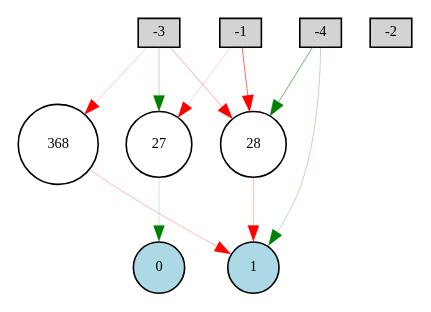
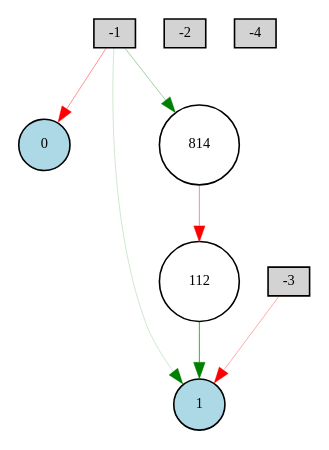
One commit to redlaserbmBTD/BTDB2_SIMULATOR changed the diagram in experiments/Digraph.gv. Above: the diagram before and after it, drawn with Graphviz. The commit also changed 15 other files, not shown here.

```diff
--- a/experiments/Digraph.gv
+++ b/experiments/Digraph.gv
@@ -1,22 +1,17 @@
 digraph {
 	node [fontsize=9 height=0.2 shape=circle width=0.2]
 	-1 [fillcolor=lightgray shape=box style=filled]
 	-2 [fillcolor=lightgray shape=box style=filled]
 	-3 [fillcolor=lightgray shape=box style=filled]
 	-4 [fillcolor=lightgray shape=box style=filled]
 	0 [fillcolor=lightblue style=filled]
 	1 [fillcolor=lightblue style=filled]
-	368 [fillcolor=white style=filled]
-	27 [fillcolor=white style=filled]
-	28 [fillcolor=white style=filled]
-	-4 -> 1 [color=green penwidth=0.1749804284510228 style=solid]
-	-3 -> 27 [color=green penwidth=0.17224133146134196 style=solid]
-	-4 -> 28 [color=green penwidth=0.3563714635426788 style=solid]
-	-1 -> 27 [color=red penwidth=0.11553194652337026 style=solid]
-	-1 -> 28 [color=red penwidth=0.36767641539046747 style=solid]
-	28 -> 1 [color=red penwidth=0.1849808351751216 style=solid]
-	27 -> 0 [color=green penwidth=0.10659110933703868 style=solid]
-	-3 -> 28 [color=red penwidth=0.20637182765674095 style=solid]
-	-3 -> 368 [color=red penwidth=0.1443415568338175 style=solid]
-	368 -> 1 [color=red penwidth=0.18206147897684744 style=solid]
+	112 [fillcolor=white style=filled]
+	814 [fillcolor=white style=filled]
+	112 -> 1 [color=green penwidth=0.4470283960161301 style=solid]
+	-3 -> 1 [color=red penwidth=0.2094880193005241 style=solid]
+	-1 -> 1 [color=green penwidth=0.11576323537537753 style=solid]
+	-1 -> 0 [color=red penwidth=0.2747810497643301 style=solid]
+	-1 -> 814 [color=green penwidth=0.22938228901328556 style=solid]
+	814 -> 112 [color=red penwidth=0.2877594254807831 style=solid]
 }
```
